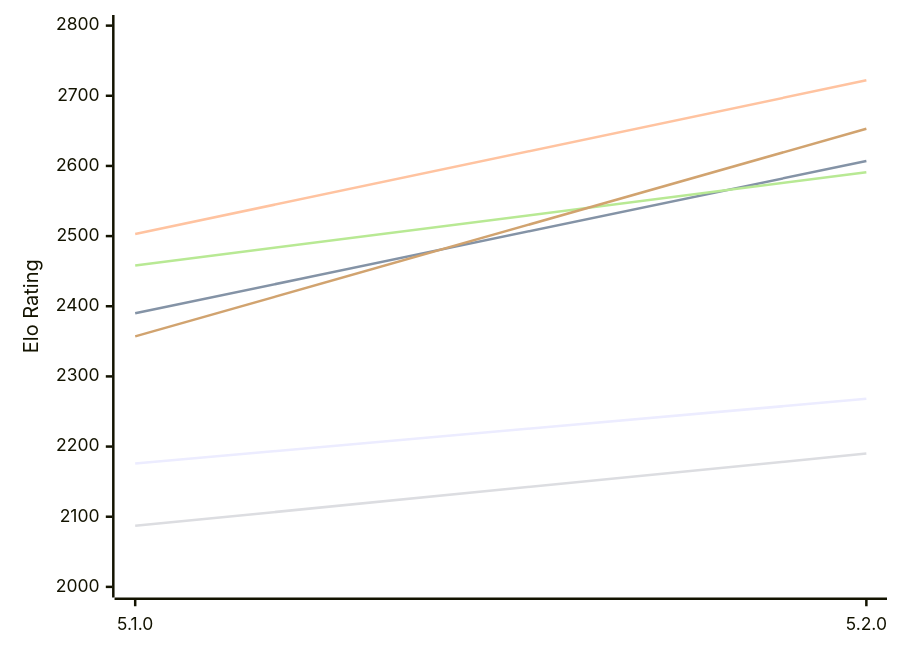
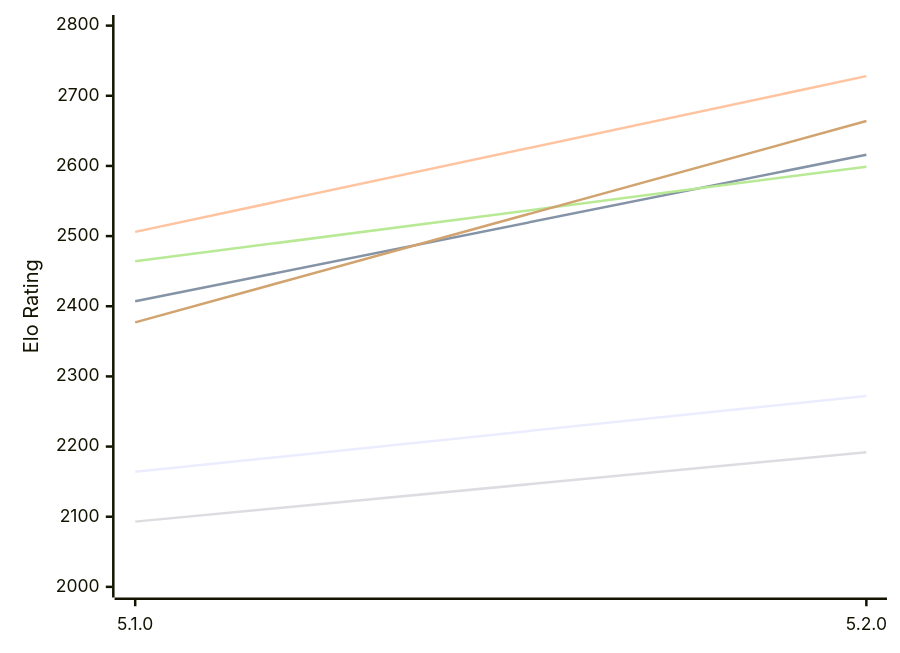
The first of 2 diagrams in engines/Aconcagua.md (computer-chess-index/cci), drawn with Mermaid before and after one commit. The commit also changed other lines of this file, not shown here.

Commit message:
Update CCI Ratings (ELO VLTC) - 2026-11-16

````diff
--- a/engines/Aconcagua.md
+++ b/engines/Aconcagua.md
@@ -53,12 +53,12 @@
 ```mermaid
 %%{init: {"theme":"base","themeVariables":{"seriesColors:['#a3a3a3','#222221','#faa371']}}}%%
 xychart-beta
   x-axis ["5.1.0", "5.2.0"]
   y-axis "Elo Rating" 2000 --> 2800
-  line "E1: STC (8.0+0.08s)" [2176, 2268]
-  line "E1: LTC (60.0+0.60s)" [2390, 2607]
-  line "E1: VLTC (2m24s+1.12s)" [2503, 2722]
-  line "P1: STC (8.0+0.08s)" [2087, 2190]
-  line "P1: LTC (60.0+0.60s)" [2458, 2591]
-  line "P1: VLTC (2m24s+1.12s)" [2357, 2653]
+  line "E1: STC (8.0+0.08s)" [2164, 2272]
+  line "E1: LTC (60.0+0.60s)" [2407, 2616]
+  line "E1: VLTC (2m24s+1.12s)" [2506, 2728]
+  line "P1: STC (8.0+0.08s)" [2093, 2192]
+  line "P1: LTC (60.0+0.60s)" [2464, 2599]
+  line "P1: VLTC (2m24s+1.12s)" [2377, 2664]
 ```
````
